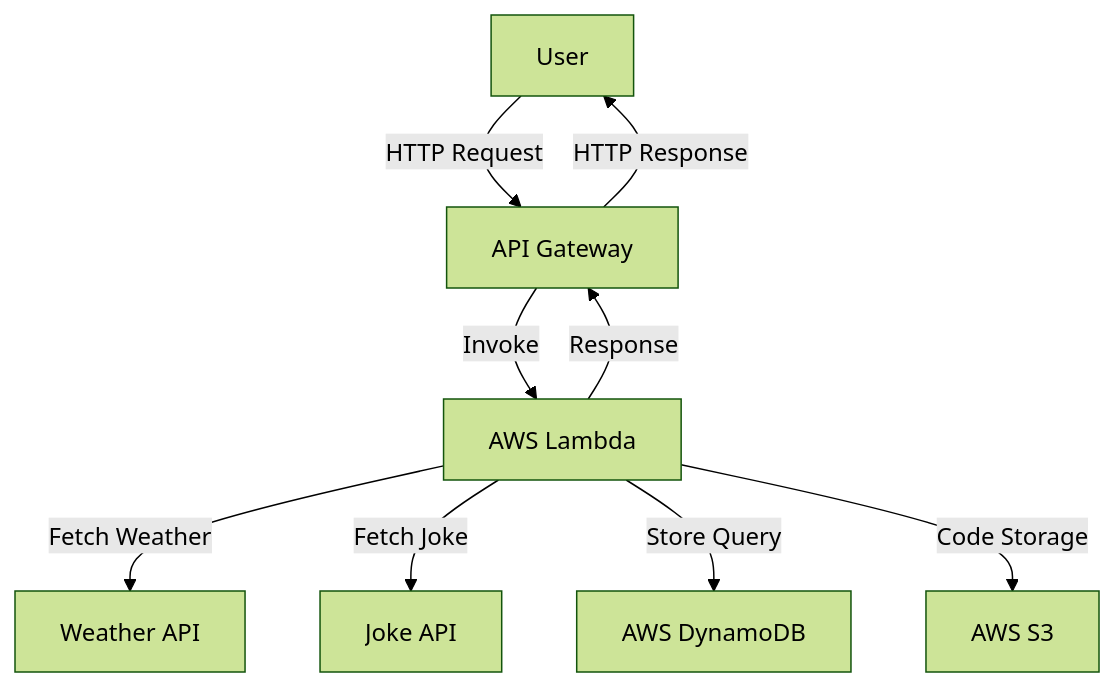
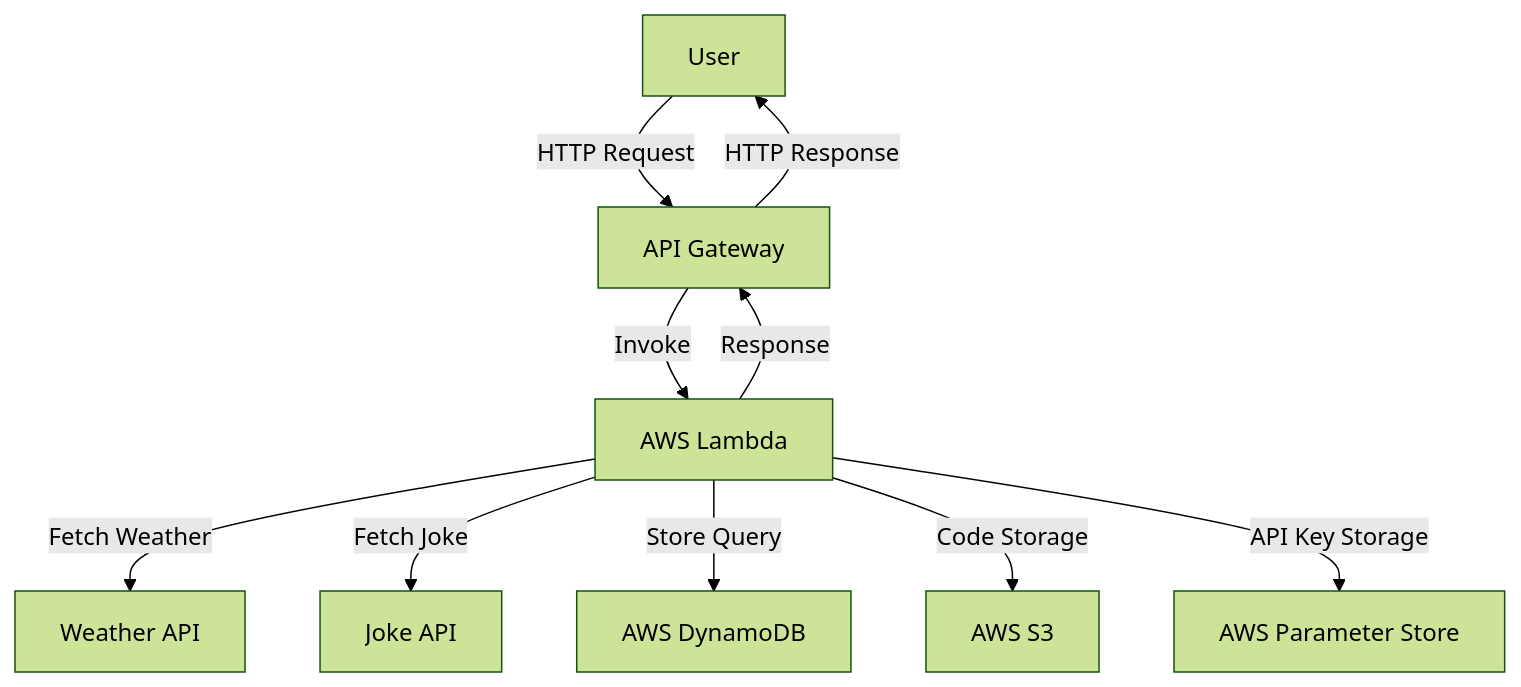
The diagram in readme.md (NhatThien211/chat-bot), drawn with Mermaid (forest theme) before and after one commit. The commit also changed other lines of this file and 5 other files, not shown here.

````diff
--- a/readme.md
+++ b/readme.md
@@ -21,11 +22,12 @@
 ```mermaid
 graph TD;
     User -->|HTTP Request| APIGateway[API Gateway]
     APIGateway -->|Invoke| Lambda[AWS Lambda]
     Lambda -->|Fetch Weather| WeatherAPI[Weather API]
     Lambda -->|Fetch Joke| JokeAPI[Joke API]
     Lambda -->|Store Query| DynamoDB[AWS DynamoDB]
     Lambda -->|Response| APIGateway
     APIGateway -->|HTTP Response| User
     Lambda -->|Code Storage| S3[AWS S3]
+    Lambda -->|API Key Storage| PMS[AWS Parameter Store]
 ```
````
